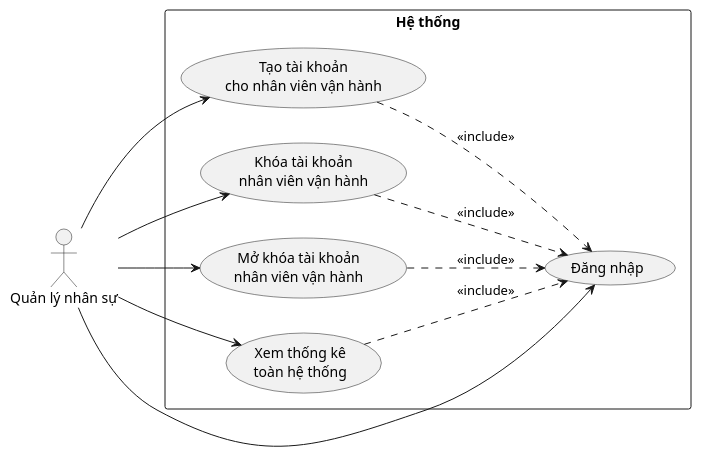
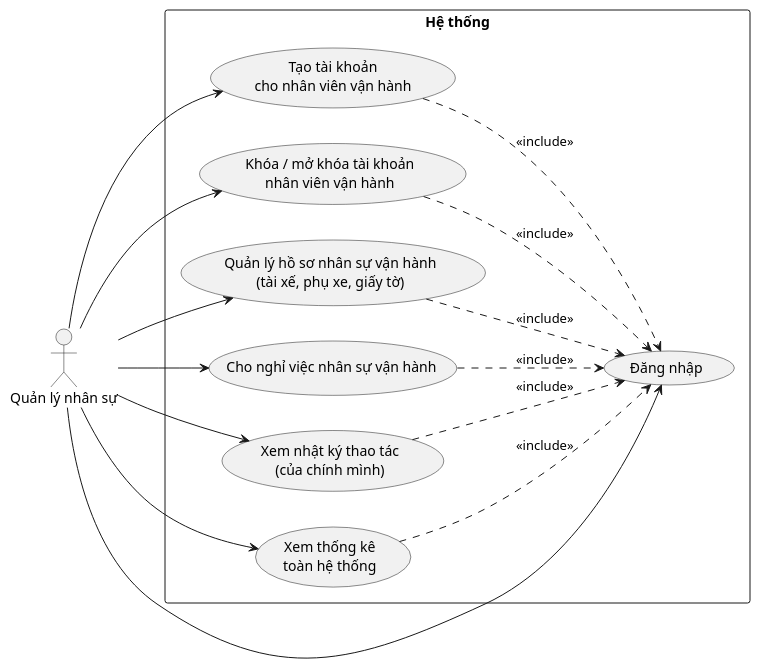
One commit to nguyenvietanhit19/Project1_HeThongQuanLyNhaXeKhachLienTinh changed the eighth of 53 diagrams in UML_DIAGRAMS.md. Above: the diagram before and after it, drawn with PlantUML. The commit also changed other lines of this file and 316 other files, not shown here.

````diff
--- a/UML_DIAGRAMS.md
+++ b/UML_DIAGRAMS.md
@@ -286,25 +287,31 @@
 ```plantuml
 @startuml UseCase_QuanLyNhanSu
 left to right direction
 actor "Quản lý nhân sự" as QLNS
 
 rectangle "Hệ thống" {
   usecase "Đăng nhập" as UC02
   usecase "Tạo tài khoản\ncho nhân viên vận hành" as UC36
-  usecase "Khóa tài khoản\nnhân viên vận hành" as UC37
-  usecase "Mở khóa tài khoản\nnhân viên vận hành" as UC38
+  usecase "Khóa / mở khóa tài khoản\nnhân viên vận hành" as UC37
+  usecase "Quản lý hồ sơ nhân sự vận hành\n(tài xế, phụ xe, giấy tờ)" as UC49
+  usecase "Cho nghỉ việc nhân sự vận hành" as UC51
+  usecase "Xem nhật ký thao tác\n(của chính mình)" as UC52
   usecase "Xem thống kê\ntoàn hệ thống" as UC39
 }
 
 QLNS --> UC02
 QLNS --> UC36
 QLNS --> UC37
-QLNS --> UC38
+QLNS --> UC49
+QLNS --> UC51
+QLNS --> UC52
 QLNS --> UC39
 
 UC36 ..> UC02 : <<include>>
 UC37 ..> UC02 : <<include>>
-UC38 ..> UC02 : <<include>>
+UC49 ..> UC02 : <<include>>
+UC51 ..> UC02 : <<include>>
+UC52 ..> UC02 : <<include>>
 UC39 ..> UC02 : <<include>>
 @enduml
 ```
````
